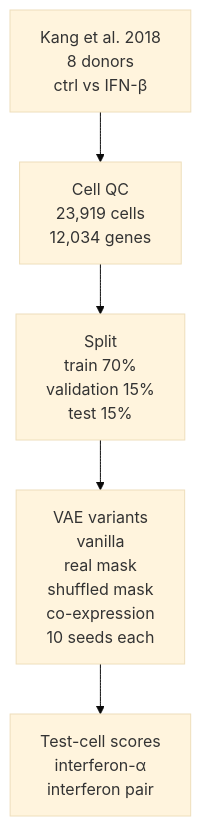
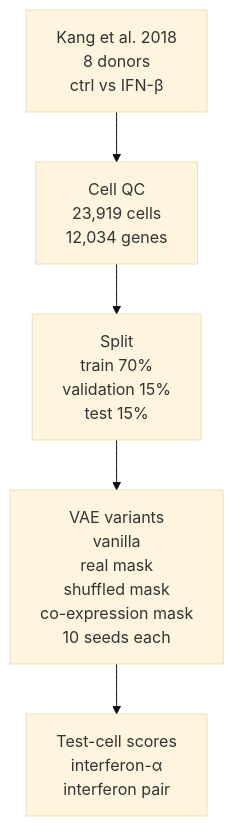
Before and after one commit to gmiliarakis/knowledge-or-sparsity-sc-vae: the diagram in README.md, drawn with Mermaid (base theme). The commit also changed other lines of this file and 5 other files, not shown here.

````diff
--- a/README.md
+++ b/README.md
@@ -61,7 +60,7 @@
 ```mermaid
 flowchart TB
     A["Kang et al. 2018<br/>8 donors<br/>ctrl vs IFN-β"] --> B["Cell QC<br/>23,919 cells<br/>12,034 genes"]
     B --> C["Split<br/>train 70%<br/>validation 15%<br/>test 15%"]
-    C --> V["VAE variants<br/>vanilla<br/>real mask<br/>shuffled mask<br/>co-expression<br/>10 seeds each"]
+    C --> V["VAE variants<br/>vanilla<br/>real mask<br/>shuffled mask<br/>co-expression mask<br/>10 seeds each"]
     V --> E["Test-cell scores<br/>interferon-α<br/>interferon pair"]
 ```
````
